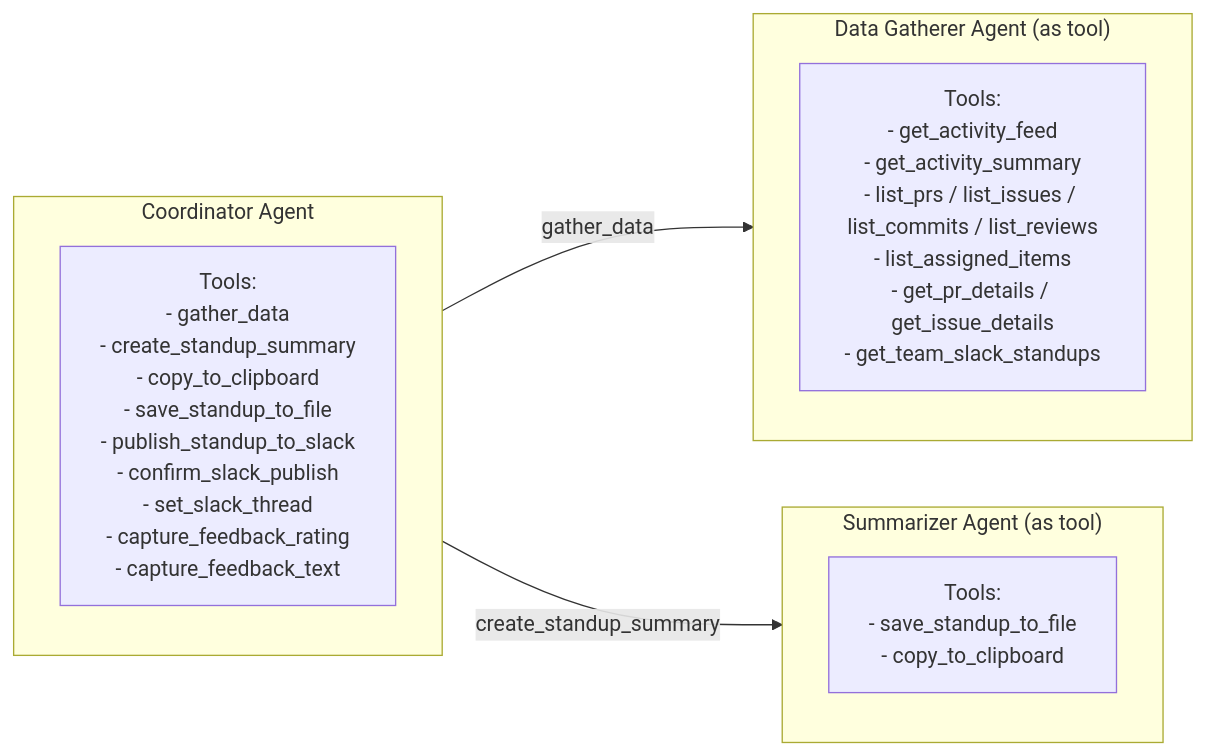
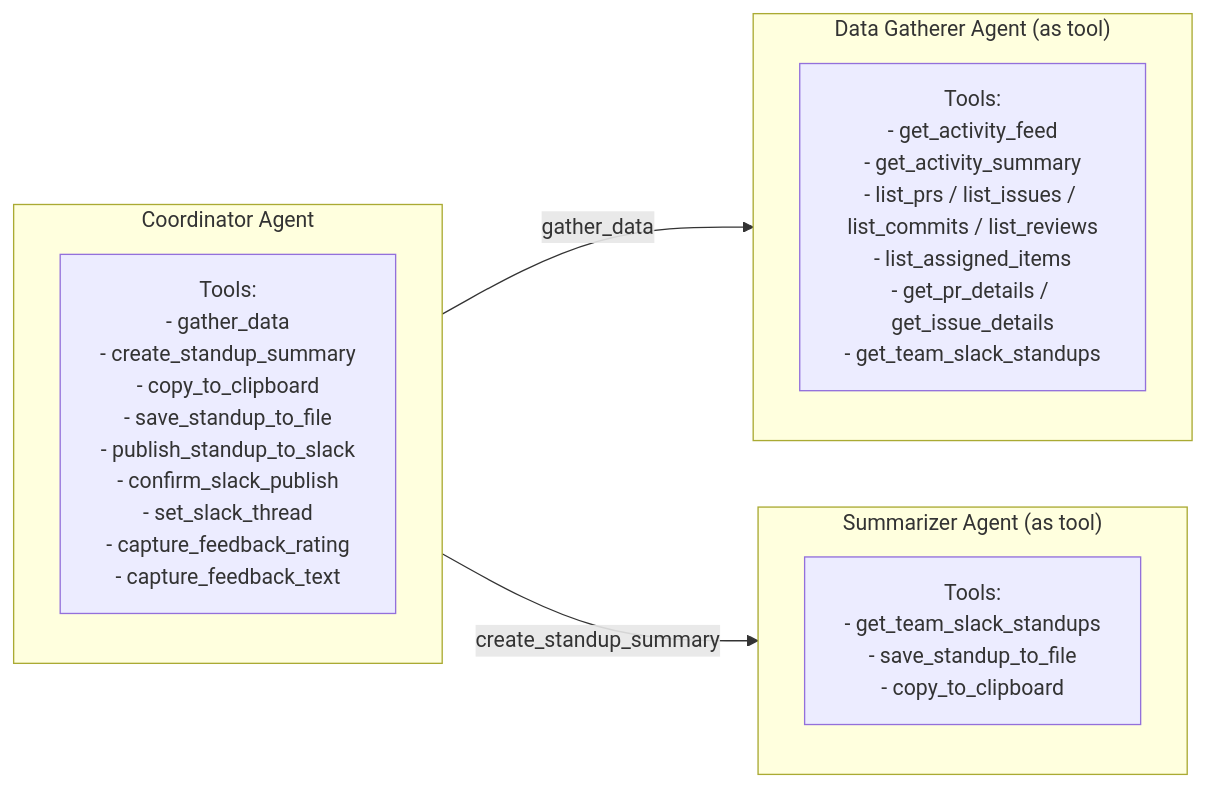
One commit to andrewm4894/github-standup-agent changed the second of 3 diagrams in ARCHITECTURE.md. Above: the diagram before and after it, drawn with Mermaid. The commit also changed other lines of this file and 1 other file, not shown here.

First line of the commit message:
Update docs to reflect dynamic instructions and agents-as-tools pattern

````diff
--- a/ARCHITECTURE.md
+++ b/ARCHITECTURE.md
@@ -78,20 +78,20 @@
 ```mermaid
 flowchart LR
     subgraph Coordinator["Coordinator Agent"]
         direction TB
         c_tools["Tools:<br/>- gather_data<br/>- create_standup_summary<br/>- copy_to_clipboard<br/>- save_standup_to_file<br/>- publish_standup_to_slack<br/>- confirm_slack_publish<br/>- set_slack_thread<br/>- capture_feedback_rating<br/>- capture_feedback_text"]
     end
 
     subgraph DataGatherer["Data Gatherer Agent (as tool)"]
         direction TB
         dg_tools["Tools:<br/>- get_activity_feed<br/>- get_activity_summary<br/>- list_prs / list_issues / list_commits / list_reviews<br/>- list_assigned_items<br/>- get_pr_details / get_issue_details<br/>- get_team_slack_standups"]
     end
 
     subgraph Summarizer["Summarizer Agent (as tool)"]
         direction TB
-        s_tools["Tools:<br/>- save_standup_to_file<br/>- copy_to_clipboard"]
+        s_tools["Tools:<br/>- get_team_slack_standups<br/>- save_standup_to_file<br/>- copy_to_clipboard"]
     end
 
     Coordinator -->|"gather_data"| DataGatherer
     Coordinator -->|"create_standup_summary"| Summarizer
 ```
````
